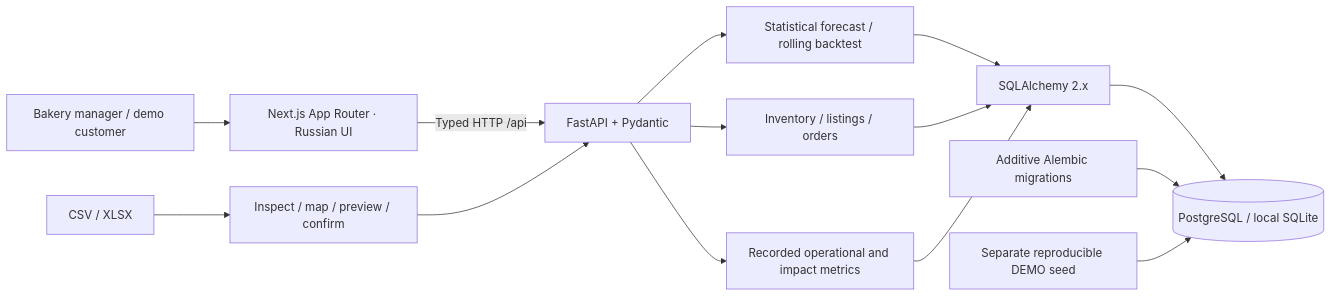
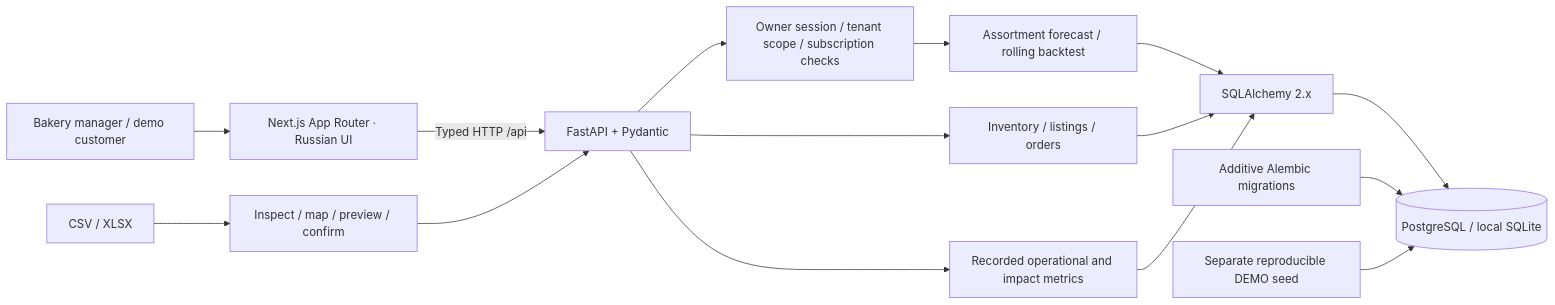
Before and after one commit to batyrkekw/SAQTA: the diagram in README.md, drawn with Mermaid. The commit also changed other lines of this file and 76 other files, not shown here.

Commit message:
Fix SAQTA access, assortment forecasting and completed-sale commission

````diff
--- a/README.md
+++ b/README.md
@@ -65,16 +67,17 @@
 ```mermaid
 flowchart LR
   User[Bakery manager / demo customer] --> Web[Next.js App Router · Russian UI]
   Web -->|Typed HTTP /api| API[FastAPI + Pydantic]
-  API --> Forecast[Statistical forecast / rolling backtest]
+  API --> Access[Owner session / tenant scope / subscription checks]
+  Access --> Forecast[Assortment forecast / rolling backtest]
   API --> Operations[Inventory / listings / orders]
   API --> Analytics[Recorded operational and impact metrics]
   Files[CSV / XLSX] --> Inspect[Inspect / map / preview / confirm]
   Inspect --> API
   Forecast --> ORM[SQLAlchemy 2.x]
   Operations --> ORM
   Analytics --> ORM
   ORM --> DB[(PostgreSQL / local SQLite)]
   Alembic[Additive Alembic migrations] --> DB
   Synthetic[Separate reproducible DEMO seed] --> DB
 ```
````
